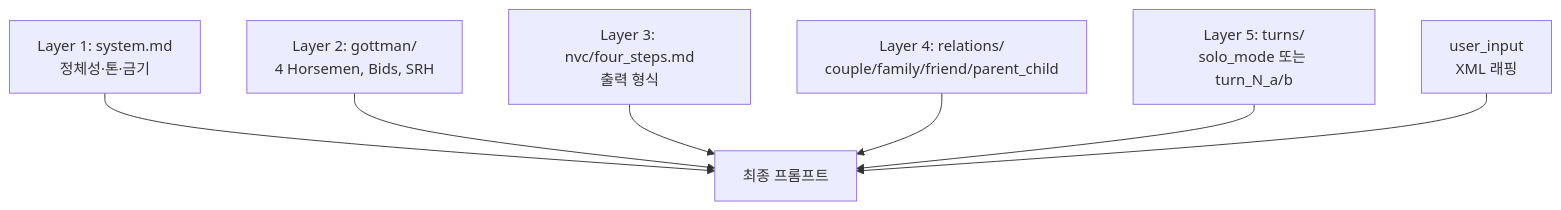
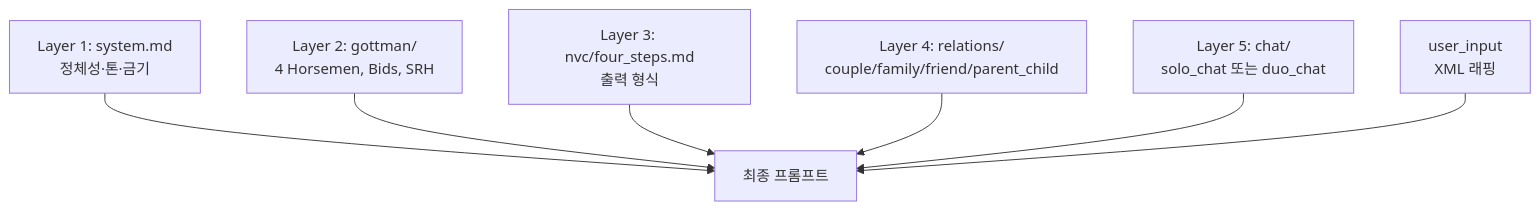
Before and after one commit to Justant-source/Again-Spring: the diagram in shared/docs/prompts/README.md, drawn with Mermaid. The commit also changed other lines of this file and 168 other files, not shown here.

````diff
--- a/shared/docs/prompts/README.md
+++ b/shared/docs/prompts/README.md
@@ -56,17 +71,17 @@
 ```mermaid
 flowchart TB
     Final[최종 프롬프트]
     L1[Layer 1: system.md<br/>정체성·톤·금기]
     L2[Layer 2: gottman/<br/>4 Horsemen, Bids, SRH]
     L3[Layer 3: nvc/four_steps.md<br/>출력 형식]
     L4[Layer 4: relations/<br/>couple/family/friend/parent_child]
-    L5[Layer 5: turns/<br/>solo_mode 또는 turn_N_a/b]
+    L5[Layer 5: chat/<br/>solo_chat 또는 duo_chat]
     User[user_input<br/>XML 래핑]
 
     L1 --> Final
     L2 --> Final
     L3 --> Final
     L4 --> Final
     L5 --> Final
     User --> Final
 ```
````
